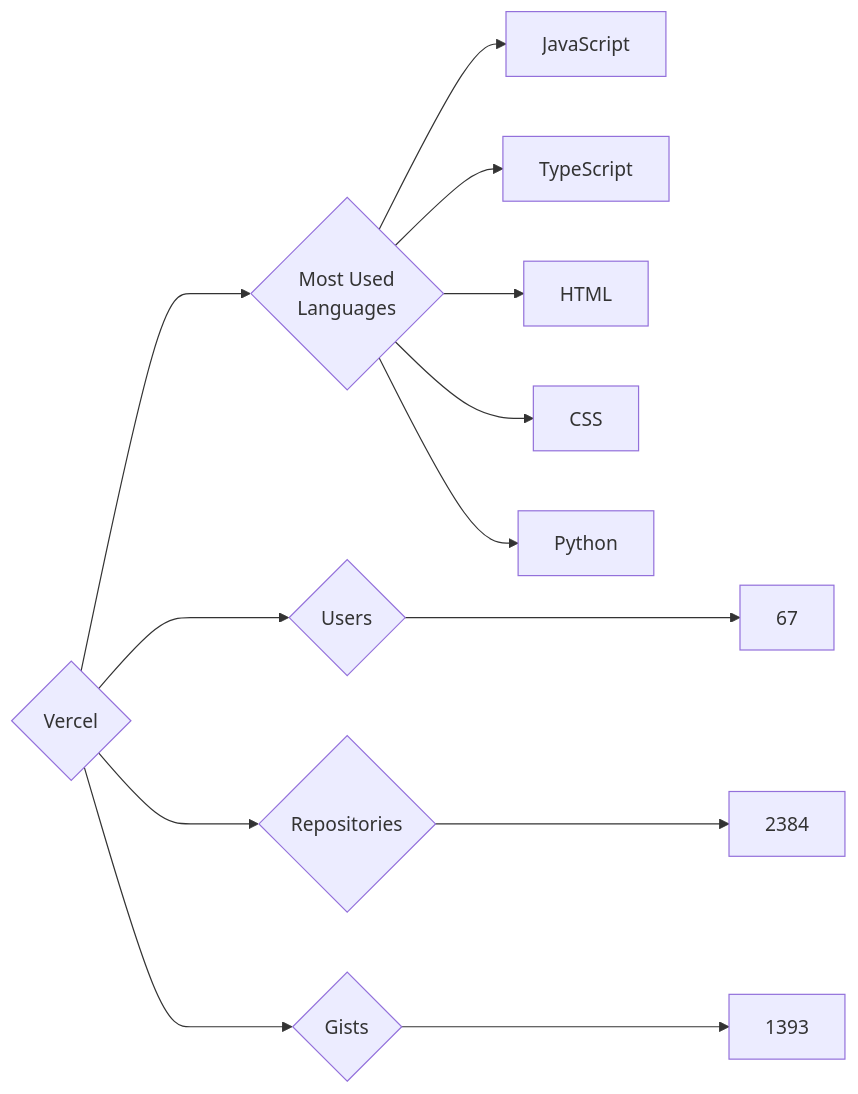
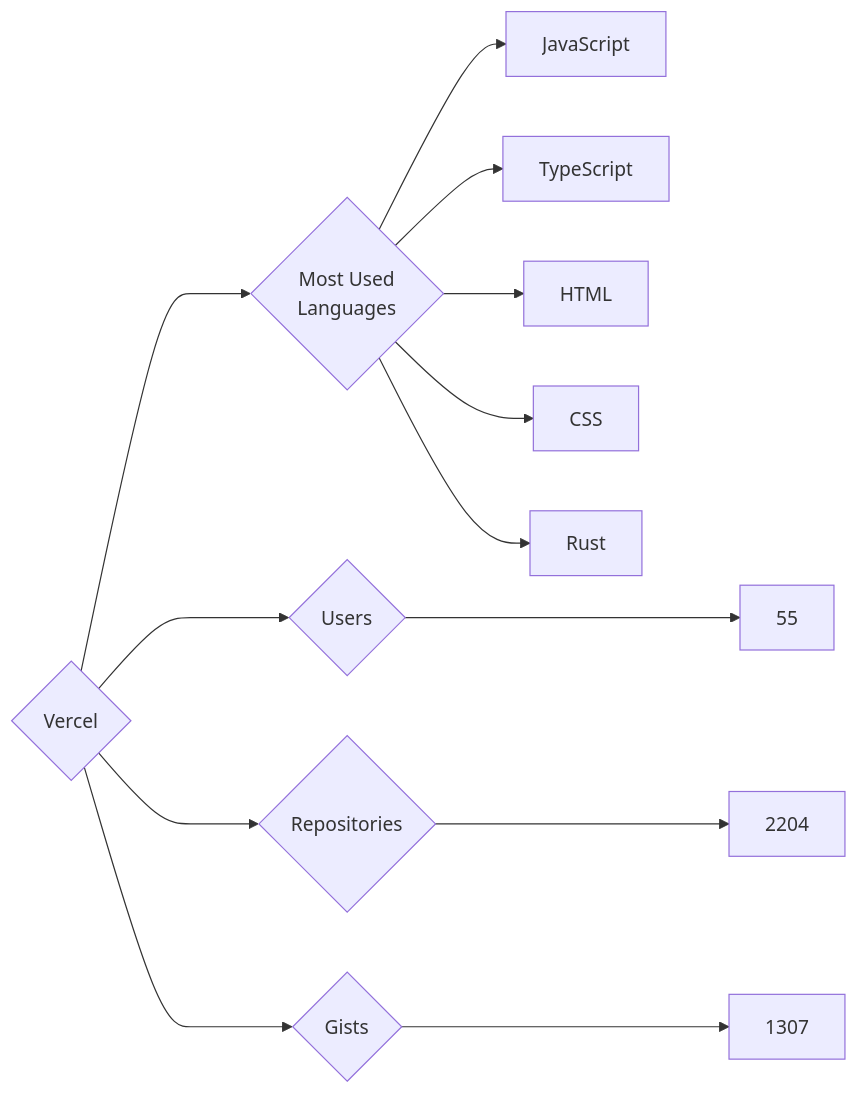
Before and after one commit to trickest/insiders: the diagram in targets/Vercel/README.md, drawn with Mermaid. The commit also changed 964 other files, not shown here.

````diff
--- a/targets/Vercel/README.md
+++ b/targets/Vercel/README.md
@@ -3,13 +3,13 @@
 ```mermaid
 graph LR
 COMPANY_NAME{Vercel}
-COMPANY_NAME ---> U{Users} ---> UN[67]
-COMPANY_NAME ---> R{Repositories} ---> RN[2384]
-COMPANY_NAME ---> G{Gists} ---> GN[1393]
+COMPANY_NAME ---> U{Users} ---> UN[55]
+COMPANY_NAME ---> R{Repositories} ---> RN[2204]
+COMPANY_NAME ---> G{Gists} ---> GN[1307]
 COMPANY_NAME ---> ML{Most Used<br>Languages}
 ML --> JavaScript[JavaScript]
 ML --> TypeScript[TypeScript]
 ML --> HTML[HTML]
 ML --> CSS[CSS]
-ML --> Python[Python]
+ML --> Rust[Rust]
 ```
````
